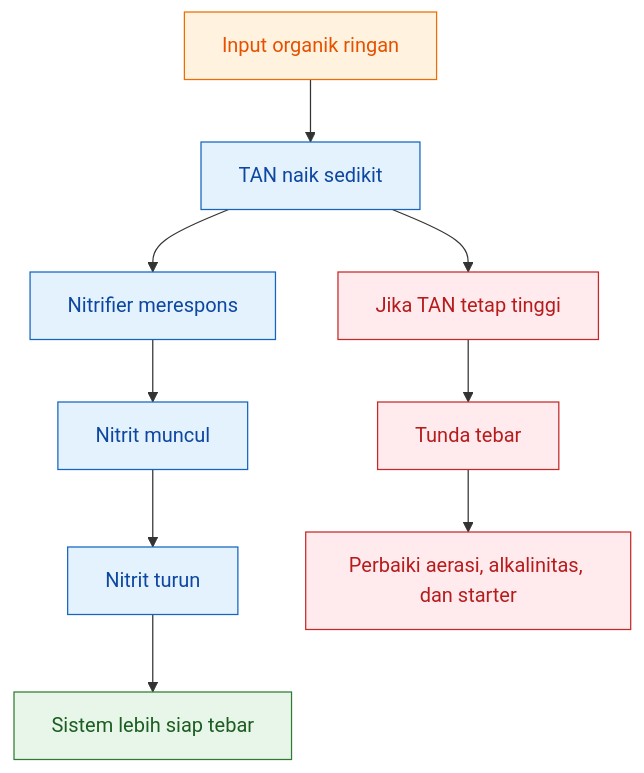
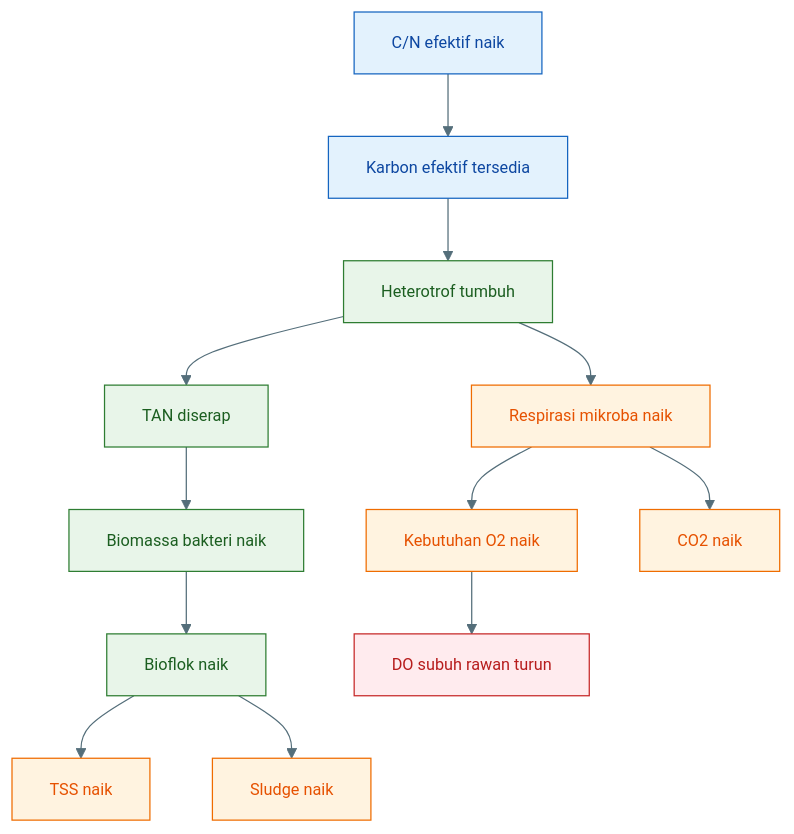
Diagram 14 of 32 in content/blog/agri/perikanan/ratio-cn-rendah-biflok.mdx (slametsampon/kawruhnology), drawn with Mermaid before and after one commit. The commit also changed other lines of this file, not shown here.

````diff
--- a/content/blog/agri/perikanan/ratio-cn-rendah-biflok.mdx
+++ b/content/blog/agri/perikanan/ratio-cn-rendah-biflok.mdx
@@ -1646,22 +2853,38 @@
-```mermaid id="uuztg5"
+```mermaid id="cn-efektif-heterotrof-oksigen"
+%%{init: {'theme':'base','themeVariables':{
+'primaryColor':'#E3F2FD',
+'primaryTextColor':'#0D47A1',
+'primaryBorderColor':'#1565C0',
+'secondaryColor':'#E8F5E9',
+'secondaryTextColor':'#1B5E20',
+'secondaryBorderColor':'#2E7D32',
+'tertiaryColor':'#FFF3E0',
+'tertiaryTextColor':'#E65100',
+'tertiaryBorderColor':'#EF6C00',
+'lineColor':'#546E7A',
+'fontSize':'13px'
+}}}%%
 flowchart TD
-    A["Input organik ringan"] --> B["TAN naik sedikit"]
-    B --> C["Nitrifier merespons"]
-    C --> D["Nitrit muncul"]
-    D --> E["Nitrit turun"]
-    E --> F["Sistem lebih siap tebar"]
+    A["C/N efektif naik"] --> B["Karbon efektif tersedia"]
+    B --> C["Heterotrof tumbuh"]
+    C --> D["TAN diserap"]
+    D --> E["Biomassa bakteri naik"]
+    E --> F["Bioflok naik"]
+    F --> G["TSS naik"]
+    F --> H["Sludge naik"]
 
-    B --> G["Jika TAN tetap tinggi"]
-    G --> H["Tunda tebar"]
-    H --> I["Perbaiki aerasi, alkalinitas, dan starter"]
+    C --> I["Respirasi mikroba naik"]
+    I --> J["Kebutuhan O2 naik"]
+    J --> K["DO subuh rawan turun"]
+    I --> L["CO2 naik"]
 
-    classDef input fill:#fff3e0,stroke:#ef6c00,color:#e65100;
-    classDef process fill:#e3f2fd,stroke:#1565c0,color:#0d47a1;
-    classDef ready fill:#e8f5e9,stroke:#2e7d32,color:#1b5e20;
-    classDef risk fill:#ffebee,stroke:#c62828,color:#b71c1c;
+    classDef cn fill:#E3F2FD,stroke:#1565C0,color:#0D47A1;
+    classDef mikroba fill:#E8F5E9,stroke:#2E7D32,color:#1B5E20;
+    classDef risiko fill:#FFF3E0,stroke:#EF6C00,color:#E65100;
+    classDef bahaya fill:#FFEBEE,stroke:#C62828,color:#B71C1C;
 
-    class A input;
-    class B,C,D,E process;
-    class F ready;
-    class G,H,I risk;
+    class A,B cn;
+    class C,D,E,F mikroba;
+    class G,H,I,J,L risiko;
+    class K bahaya;
 ```
````
